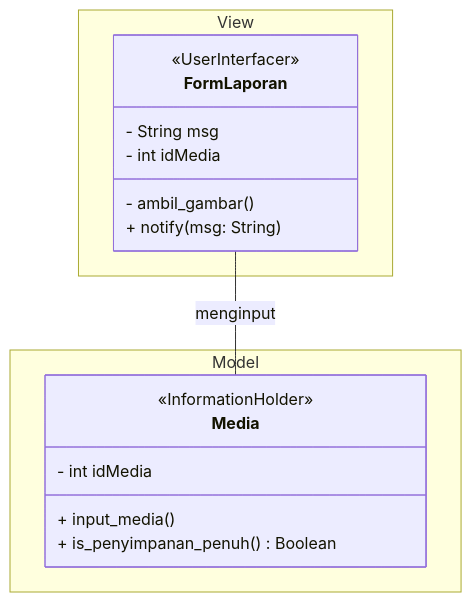
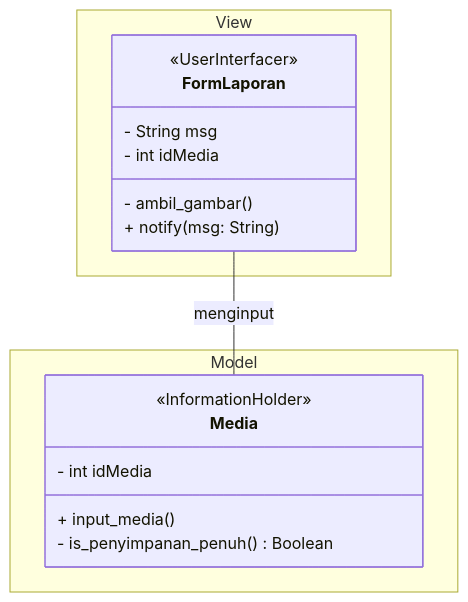
Before and after one commit to star-scripter/IF2150-RPL-K03-G02: the ninth of 29 diagrams in docs/M8/K03_G02_DPPL2.md, drawn with Mermaid. The commit also changed other lines of this file, not shown here.

````diff
--- a/docs/M8/K03_G02_DPPL2.md
+++ b/docs/M8/K03_G02_DPPL2.md
@@ -534,21 +534,21 @@
 ```mermaid
 classDiagram
     namespace View {
         class FormLaporan {
             <<UserInterfacer>>
             - String msg
             - int idMedia
             - ambil_gambar()
             + notify(msg: String)
         }
     }
     namespace Model {
         class Media {
             <<InformationHolder>>
             - int idMedia
             + input_media()
-            + is_penyimpanan_penuh() Boolean
+            - is_penyimpanan_penuh() Boolean
         }
     }
     FormLaporan -- Media: menginput
 ```
````
